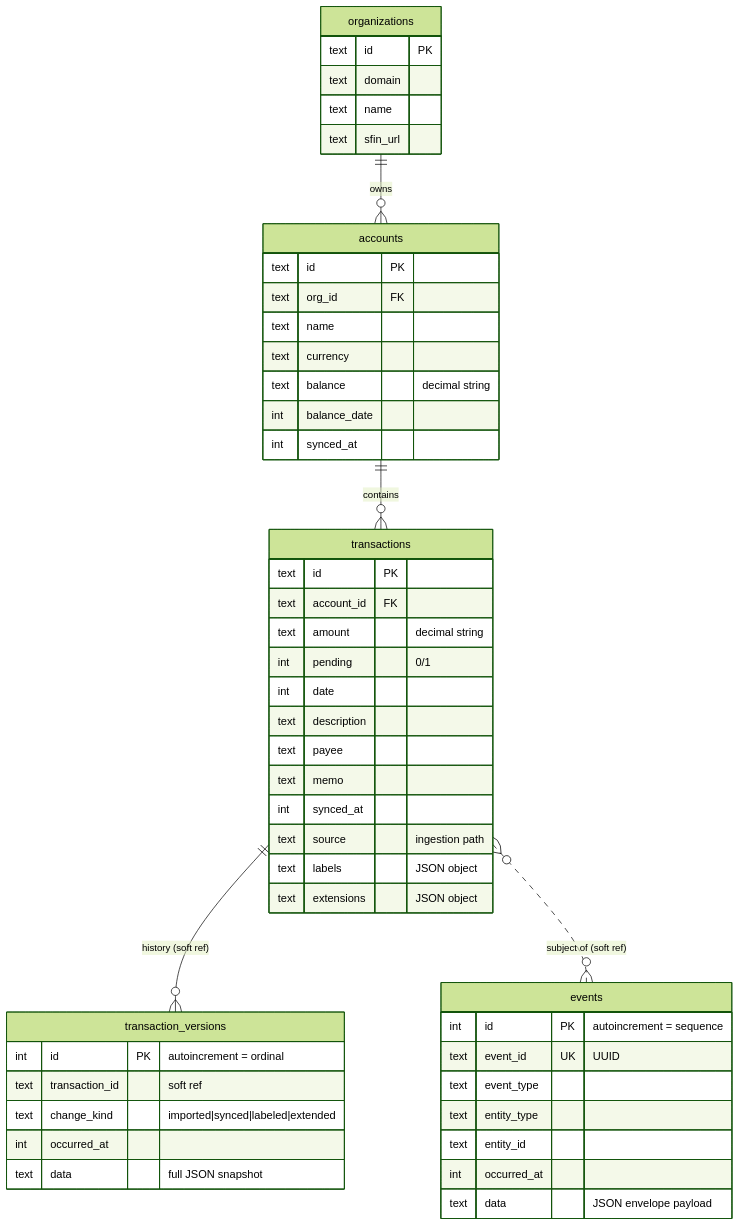
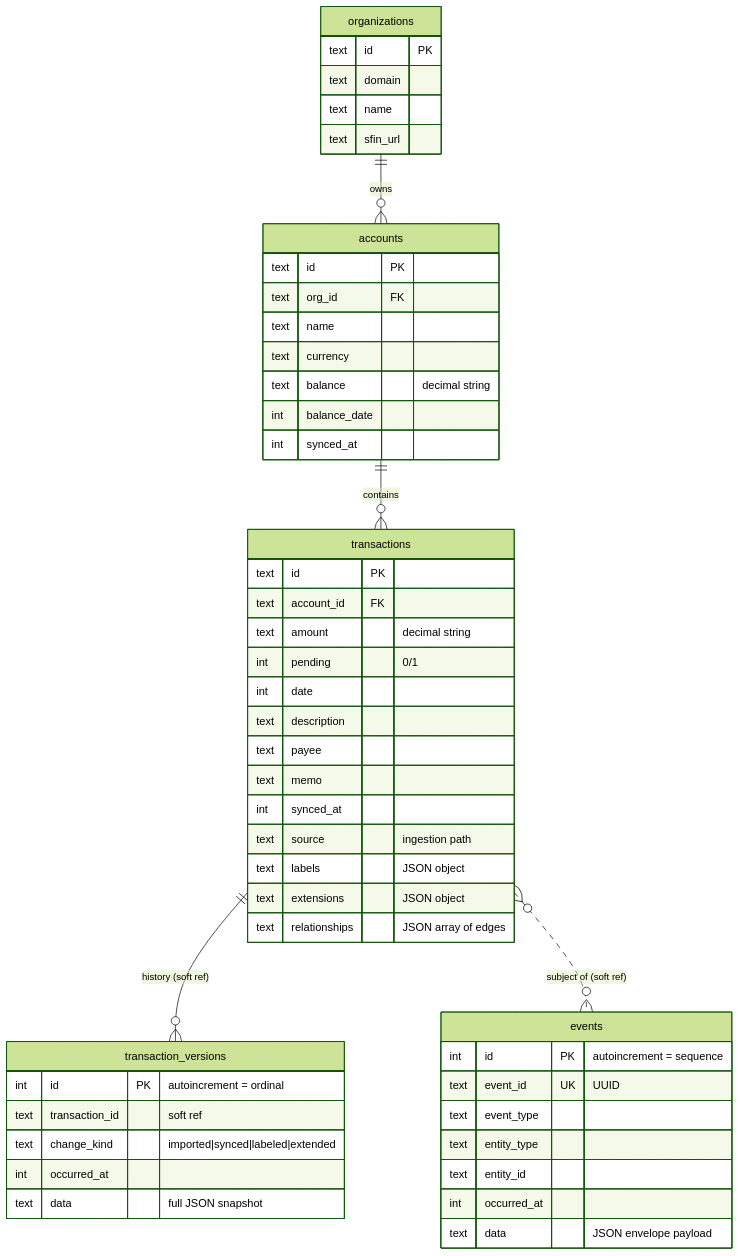
Before and after one commit to paulmeier/kasas: the first of 2 diagrams in docs/architecture/data-model.md, drawn with Mermaid (forest theme). The commit also changed other lines of this file and 42 other files, not shown here.

````diff
--- a/docs/architecture/data-model.md
+++ b/docs/architecture/data-model.md
@@ -11,53 +11,54 @@
 ```mermaid
 erDiagram
     organizations ||--o{ accounts : "owns"
     accounts ||--o{ transactions : "contains"
     transactions ||--o{ transaction_versions : "history (soft ref)"
     transactions }o..o{ events : "subject of (soft ref)"
 
     organizations {
         text id PK
         text domain
         text name
         text sfin_url
     }
     accounts {
         text id PK
         text org_id FK
         text name
         text currency
         text balance "decimal string"
         int  balance_date
         int  synced_at
     }
     transactions {
         text id PK
         text account_id FK
         text amount "decimal string"
         int  pending "0/1"
         int  date
         text description
         text payee
         text memo
         int  synced_at
         text source "ingestion path"
         text labels "JSON object"
         text extensions "JSON object"
+        text relationships "JSON array of edges"
     }
     transaction_versions {
         int  id PK "autoincrement = ordinal"
         text transaction_id "soft ref"
         text change_kind "imported|synced|labeled|extended"
         int  occurred_at
         text data "full JSON snapshot"
     }
     events {
         int  id PK "autoincrement = sequence"
         text event_id UK "UUID"
         text event_type
         text entity_type
         text entity_id
         int  occurred_at
         text data "JSON envelope payload"
     }
 ```
````
